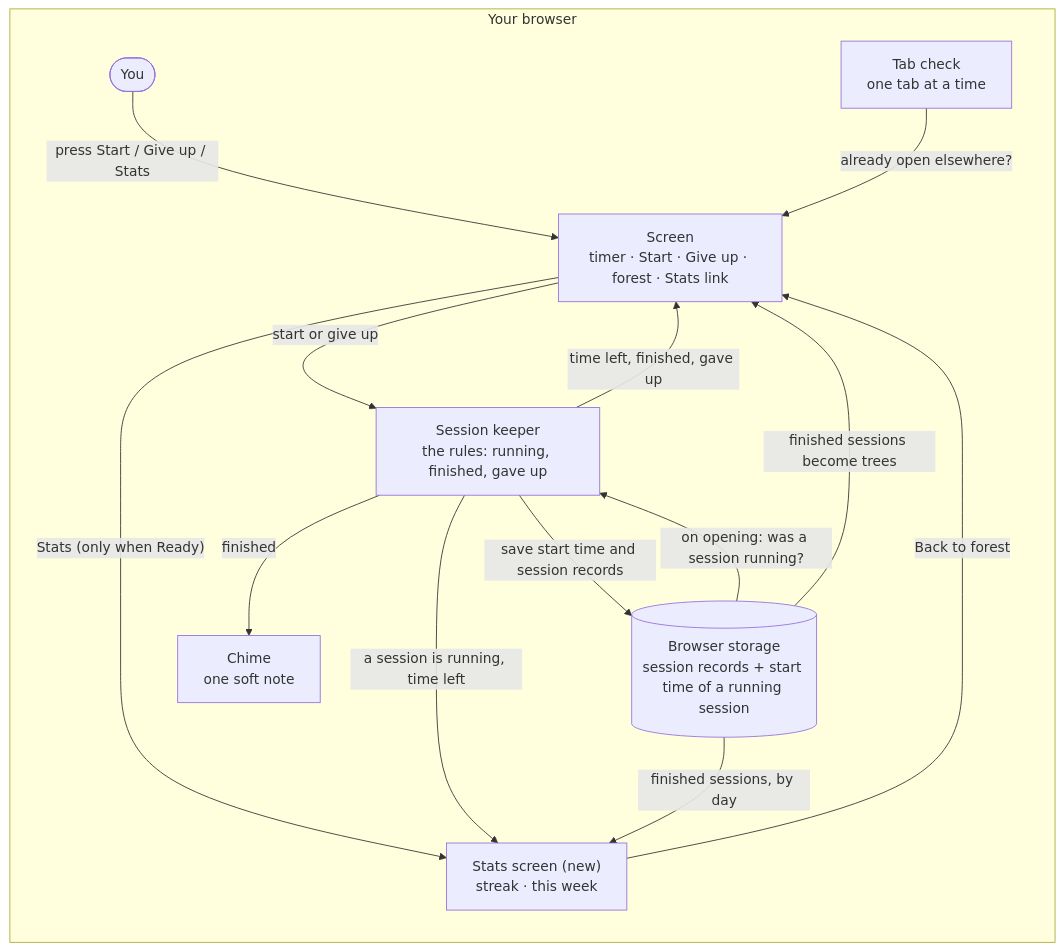
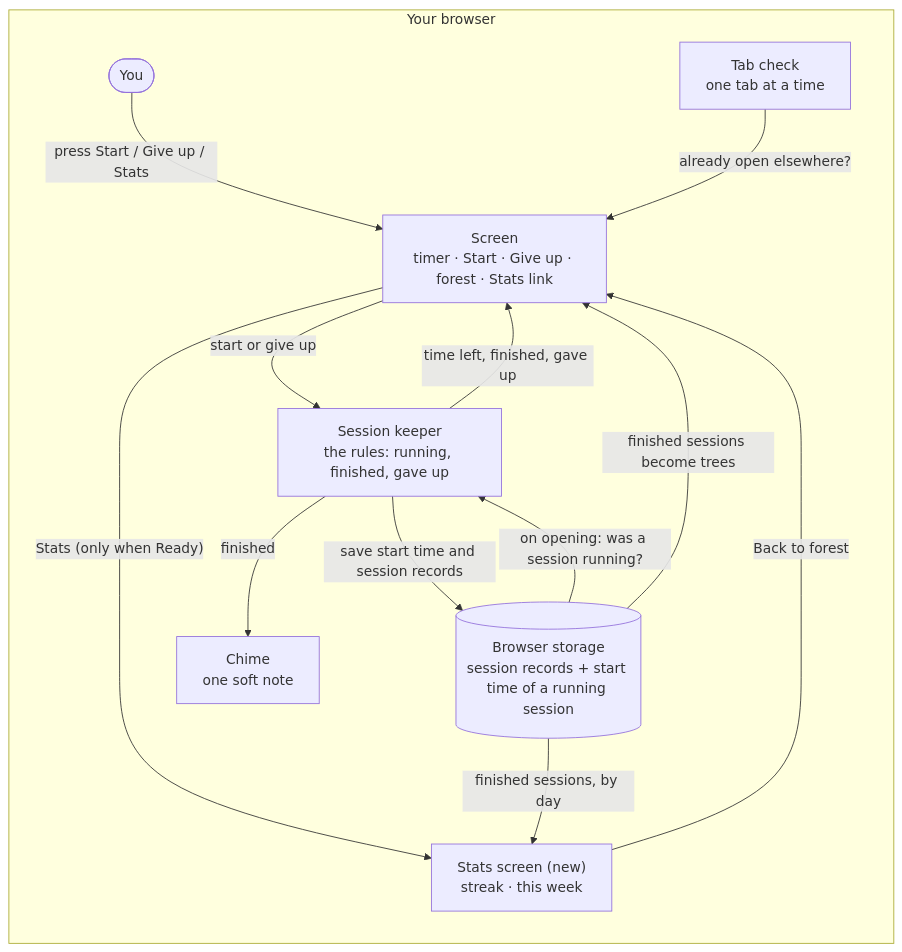
Before and after one commit to carlvellotti/forest-timer: the diagram in docs/specs/2026-10-02-spec.md, drawn with Mermaid. The commit also changed other lines of this file and 4 other files, not shown here.

Commit message:
Stats page slice 3: typing /stats or Back mid-session never leaves the timer running behind it

````diff
--- a/docs/specs/2026-10-02-spec.md
+++ b/docs/specs/2026-10-02-spec.md
@@ -80,24 +83,23 @@
 ```mermaid
 flowchart LR
   subgraph browser["Your browser"]
     you(["You"])
     screen["Screen<br/>timer · Start · Give up · forest · Stats link"]
     stats["Stats screen (new)<br/>streak · this week"]
     keeper["Session keeper<br/>the rules: running, finished, gave up"]
     storage[("Browser storage<br/>session records + start time of a running session")]
     chime["Chime<br/>one soft note"]
     tabs["Tab check<br/>one tab at a time"]
   end
   you -- "press Start / Give up / Stats" --> screen
   screen -- "Stats (only when Ready)" --> stats
   stats -- "Back to forest" --> screen
   screen -- "start or give up" --> keeper
   keeper -- "save start time and session records" --> storage
   storage -- "on opening: was a session running?" --> keeper
   keeper -- "time left, finished, gave up" --> screen
-  keeper -- "a session is running, time left" --> stats
   storage -- "finished sessions become trees" --> screen
   storage -- "finished sessions, by day" --> stats
   keeper -- "finished" --> chime
   tabs -- "already open elsewhere?" --> screen
 ```
````
